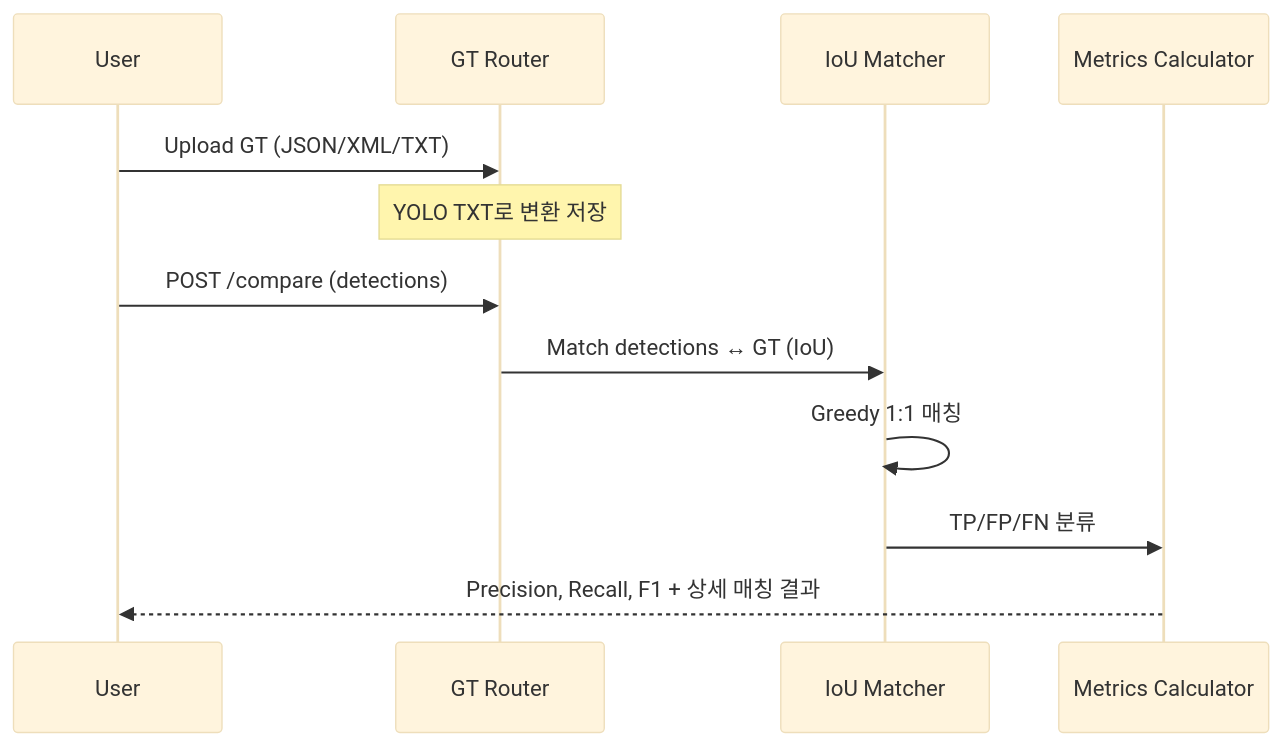
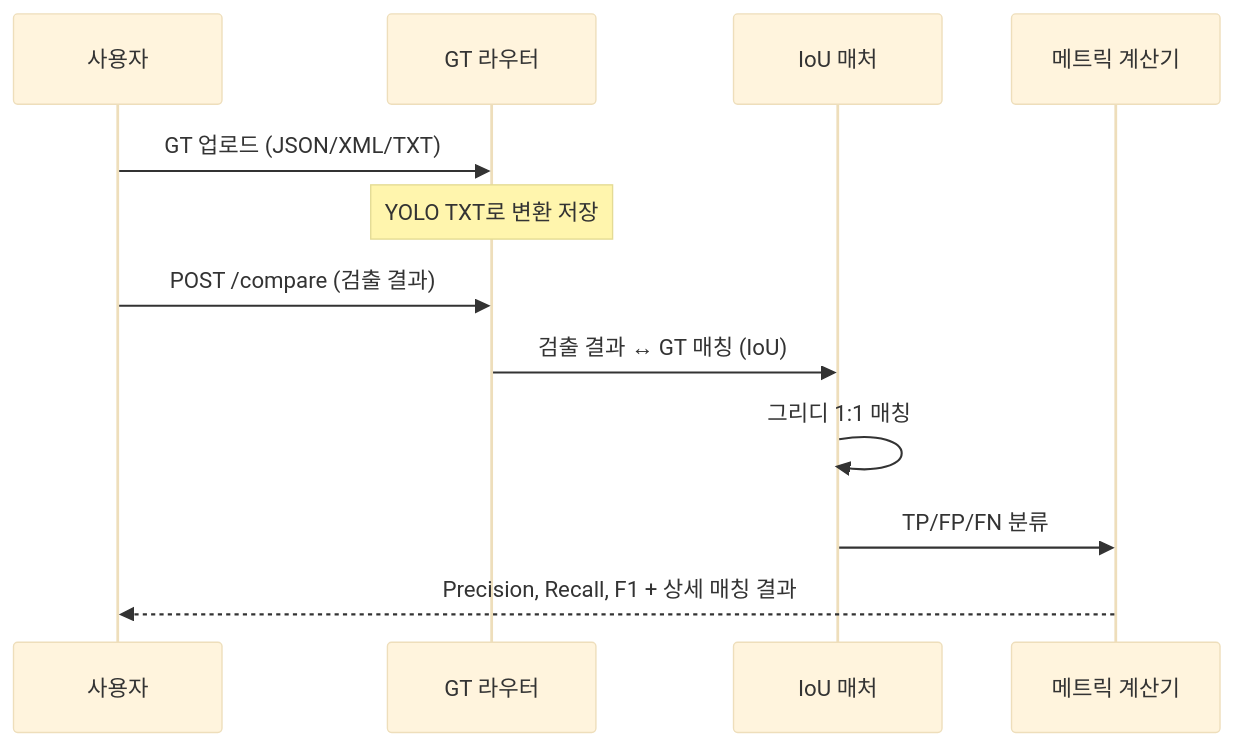
Before and after one commit to uprootai/AX_OCR: the diagram in docs-site/docs/quality-assurance/gt-comparison.md, drawn with Mermaid (base theme). The commit also changed other lines of this file and 64 other files, not shown here.

````diff
--- a/docs-site/docs/quality-assurance/gt-comparison.md
+++ b/docs-site/docs/quality-assurance/gt-comparison.md
@@ -13,15 +13,15 @@
 ```mermaid
 sequenceDiagram
-    participant U as User
-    participant GT as GT Router
-    participant M as IoU Matcher
-    participant R as Metrics Calculator
+    participant U as 사용자
+    participant GT as GT 라우터
+    participant M as IoU 매처
+    participant R as 메트릭 계산기
 
-    U->>GT: Upload GT (JSON/XML/TXT)
+    U->>GT: GT 업로드 (JSON/XML/TXT)
     Note over GT: YOLO TXT로 변환 저장
-    U->>GT: POST /compare (detections)
-    GT->>M: Match detections ↔ GT (IoU)
-    M->>M: Greedy 1:1 매칭
+    U->>GT: POST /compare (검출 결과)
+    GT->>M: 검출 결과 ↔ GT 매칭 (IoU)
+    M->>M: 그리디 1:1 매칭
     M->>R: TP/FP/FN 분류
     R-->>U: Precision, Recall, F1 + 상세 매칭 결과
 ```
````
